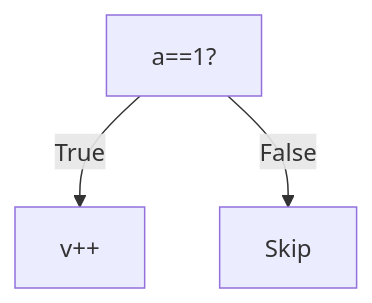
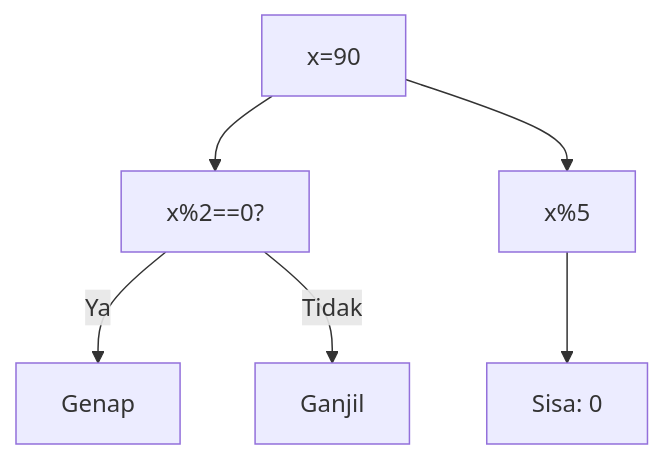
One commit to amnahwaida/OSNK_INF_PREP changed the third of 25 diagrams in part-c-pemahaman-cpp/02-percabangan/latihan/set-08.md. Above: the diagram before and after it, drawn with Mermaid. The commit also changed other lines of this file and 71 other files, not shown here.

Commit message:
Fixed Mermaid syntax lexical errors with quoted labels in 1,800 questions

````diff
--- a/part-c-pemahaman-cpp/02-percabangan/latihan/set-08.md
+++ b/part-c-pemahaman-cpp/02-percabangan/latihan/set-08.md
@@ -85,5 +95,8 @@
 ```mermaid
 graph TD
-A[a==1?] -- True --> B[v++]
-A -- False --> C[Skip]
+A["x=90"] --> B["x%2==0?"]
+B -- Ya --> C["Genap"]
+B -- Tidak --> D["Ganjil"]
+A --> E["x%5"]
+E --> F["Sisa: 0"]
 ```
````
